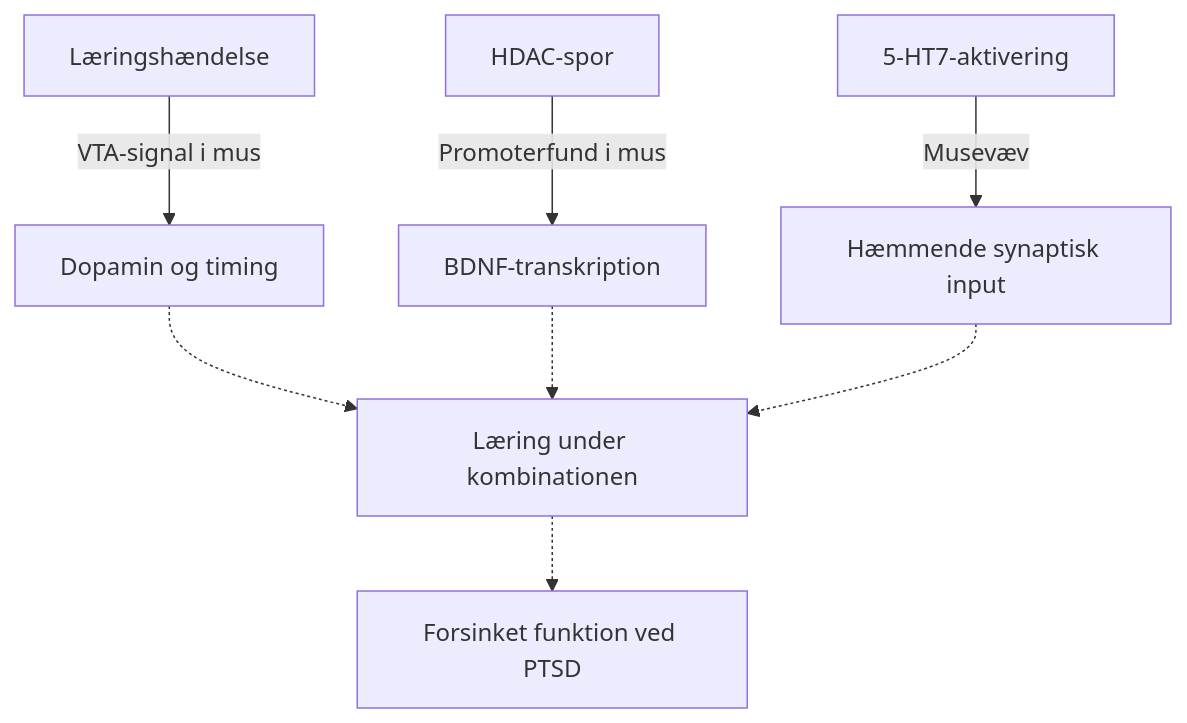
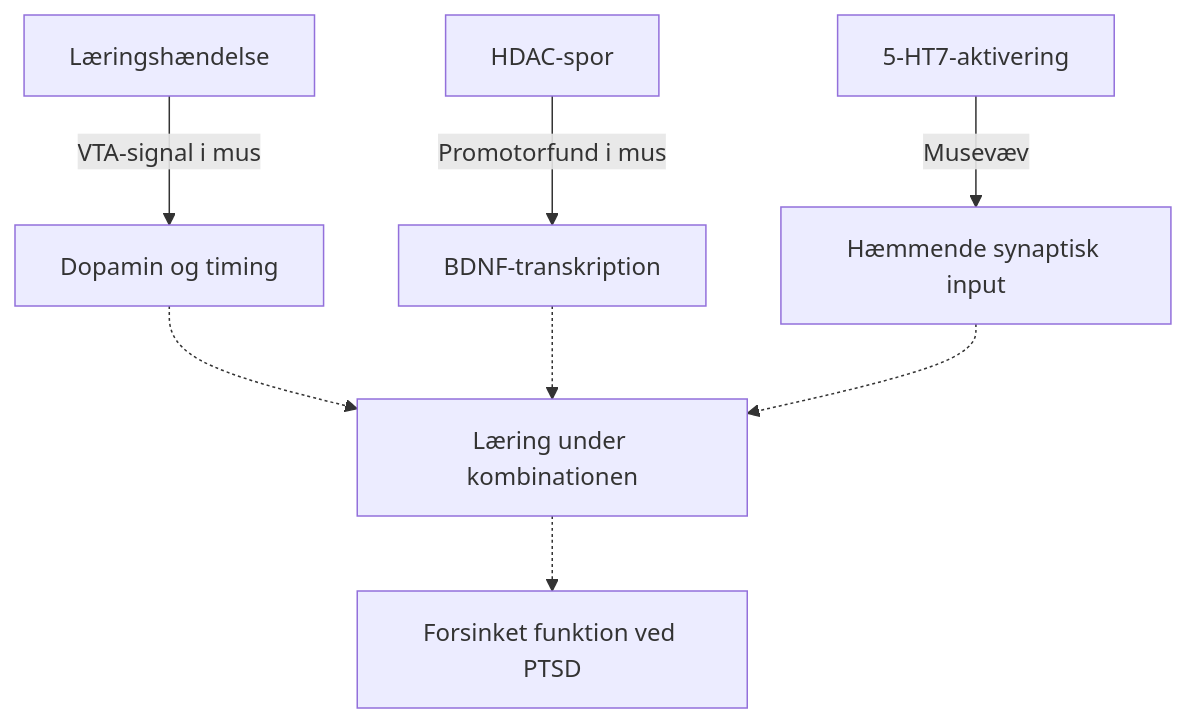
Before and after one commit to jekidev/Fearprime_03: the diagram in 02_MECHANISMS/HDAC_BDNF_5HT7_DOPAMINE.md, drawn with Mermaid. The commit also changed other lines of this file and 84 other files, not shown here.

````diff
--- a/02_MECHANISMS/HDAC_BDNF_5HT7_DOPAMINE.md
+++ b/02_MECHANISMS/HDAC_BDNF_5HT7_DOPAMINE.md
@@ -52,10 +52,10 @@
 ```mermaid
 flowchart TD
   A["Læringshændelse"] -->|"VTA-signal i mus"| B["Dopamin og timing"]
-  C["HDAC-spor"] -->|"Promoterfund i mus"| D["BDNF-transkription"]
+  C["HDAC-spor"] -->|"Promotorfund i mus"| D["BDNF-transkription"]
   E["5-HT7-aktivering"] -->|"Musevæv"| F["Hæmmende synaptisk input"]
   B -.-> G["Læring under kombinationen"]
   D -.-> G
   F -.-> G
   G -.-> H["Forsinket funktion ved PTSD"]
 ```
````
